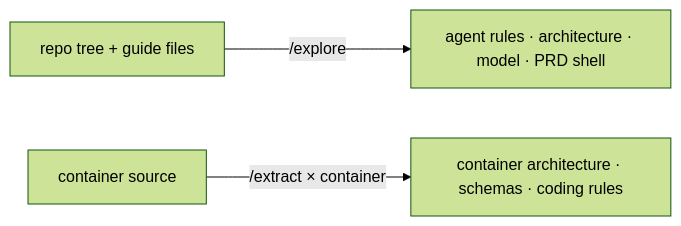
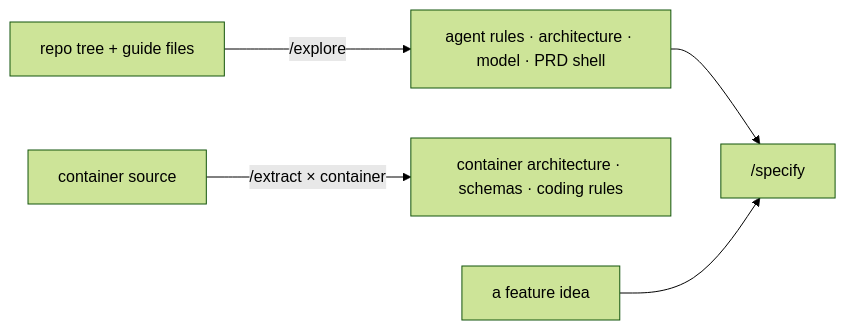
The second of 4 diagrams in docs/AIDD.workflow.md (AIDDbot/AIDDbot), drawn with Mermaid (forest theme) before and after one commit. The commit also changed other lines of this file and 4 other files, not shown here.

````diff
--- a/docs/AIDD.workflow.md
+++ b/docs/AIDD.workflow.md
@@ -53,5 +58,7 @@
 ```mermaid
 flowchart LR
   TREE[repo tree + guide files] -->|/explore| SYS[agent rules · architecture · model · PRD shell]
   SRC[container source] -->|/extract × container| DET[container architecture · schemas · coding rules]
+  SYS --> SPEC["/specify"]
+  FEAT[a feature idea] --> SPEC
 ```
````
